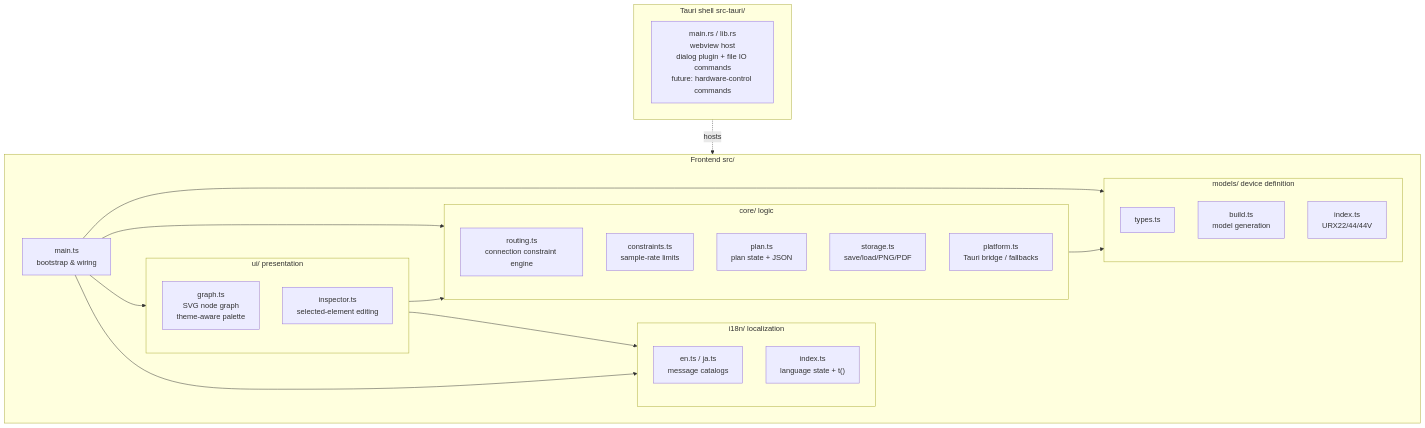
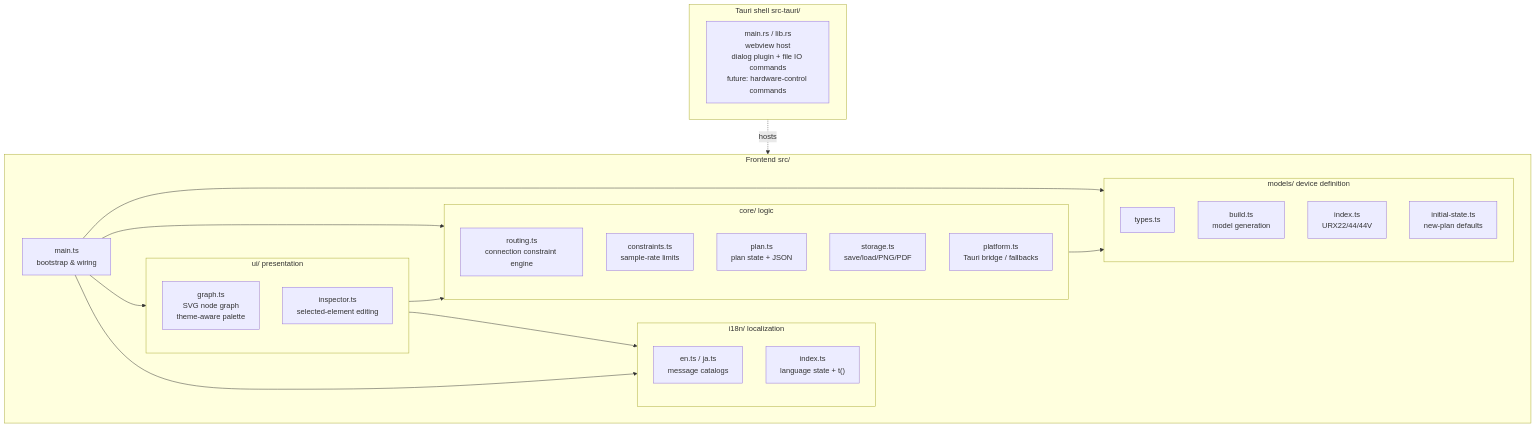
One commit to semnil/urx-router changed the diagram in docs/en/architecture.md. Above: the diagram before and after it, drawn with Mermaid. The commit also changed other lines of this file and 6 other files, not shown here.

First line of the commit message:
feat(plan): seed new plans from URX44V factory initial state

````diff
--- a/docs/en/architecture.md
+++ b/docs/en/architecture.md
@@ -26,34 +26,35 @@
 ```mermaid
 flowchart TD
   subgraph frontend[Frontend src/]
     main[main.ts<br/>bootstrap & wiring]
     subgraph models[models/ device definition]
       types[types.ts]
       build[build.ts<br/>model generation]
       reg[index.ts<br/>URX22/44/44V]
+      seed[initial-state.ts<br/>new-plan defaults]
     end
     subgraph core[core/ logic]
       routing[routing.ts<br/>connection constraint engine]
       constraints[constraints.ts<br/>sample-rate limits]
       plan[plan.ts<br/>plan state + JSON]
       storage[storage.ts<br/>save/load/PNG/PDF]
       platform[platform.ts<br/>Tauri bridge / fallbacks]
     end
     subgraph ui[ui/ presentation]
       graphts[graph.ts<br/>SVG node graph<br/>theme-aware palette]
       inspector[inspector.ts<br/>selected-element editing]
     end
     subgraph i18n[i18n/ localization]
       cat[en.ts / ja.ts<br/>message catalogs]
       runtime["index.ts<br/>language state + t()"]
     end
   end
   subgraph shell[Tauri shell src-tauri/]
     rust[main.rs / lib.rs<br/>webview host<br/>dialog plugin + file IO commands<br/>future: hardware-control commands]
   end
 
   main --> models & core & ui & i18n
   ui --> core & i18n
   core --> models
   shell -. hosts .-> frontend
 ```
````
